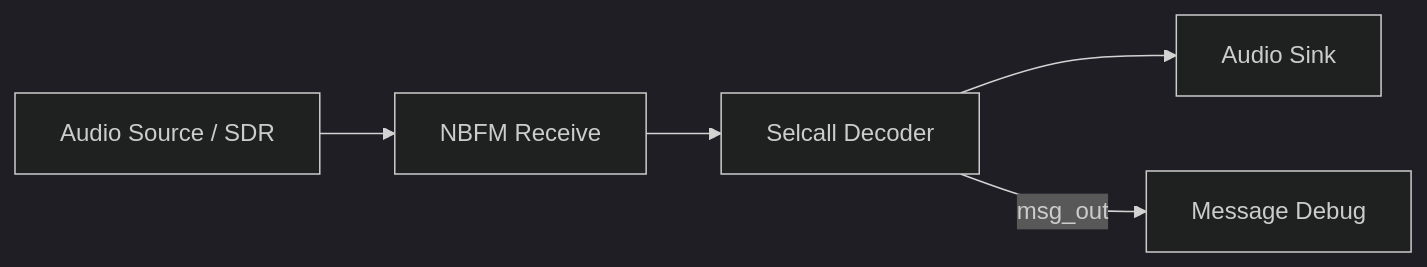
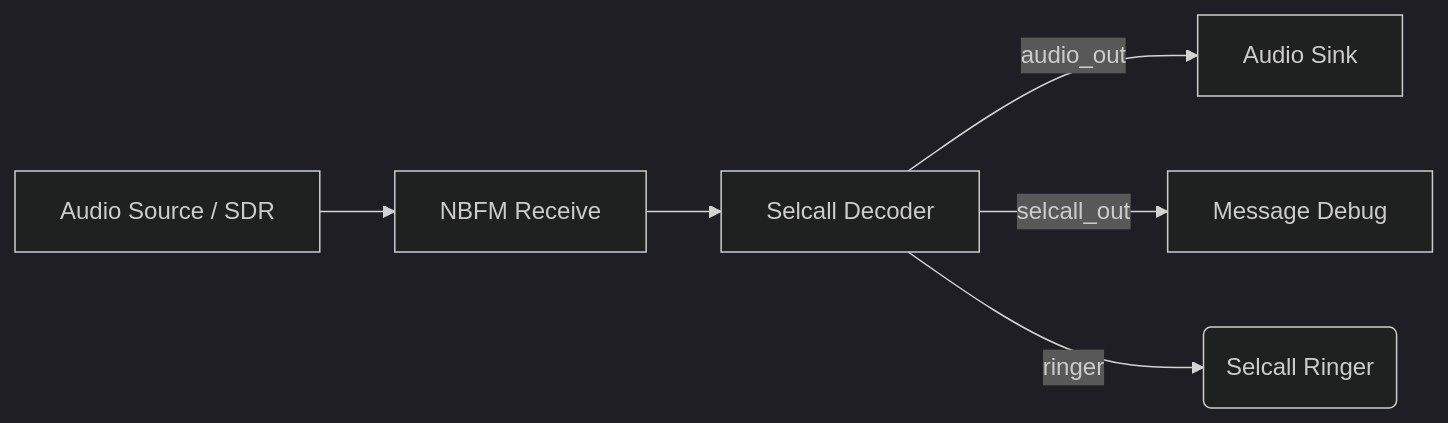
One commit to pietro2356/gr-selcall changed the first of 3 diagrams in README.md. Above: the diagram before and after it, drawn with Mermaid (dark theme). The commit also changed other lines of this file, not shown here.

Commit message:
docs: 📖️update README to include Selcall Ringer block details and usage

````diff
--- a/README.md
+++ b/README.md
@@ -102,7 +122,8 @@
 ```mermaid
 graph LR
     A[Audio Source / SDR] --> B[NBFM Receive]
     B --> C[Selcall Decoder]
-    C --> D[Audio Sink]
-    C -- msg_out --> E[Message Debug]
+    C -- audio_out --> D[Audio Sink]
+    C -- selcall_out --> E[Message Debug]
+    C -- ringer --> F(Selcall Ringer)
 ```
````
